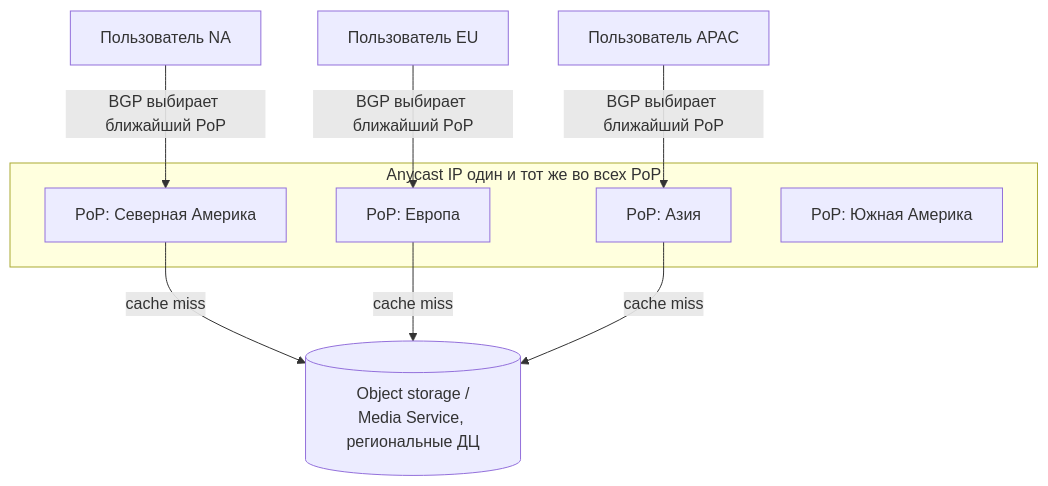
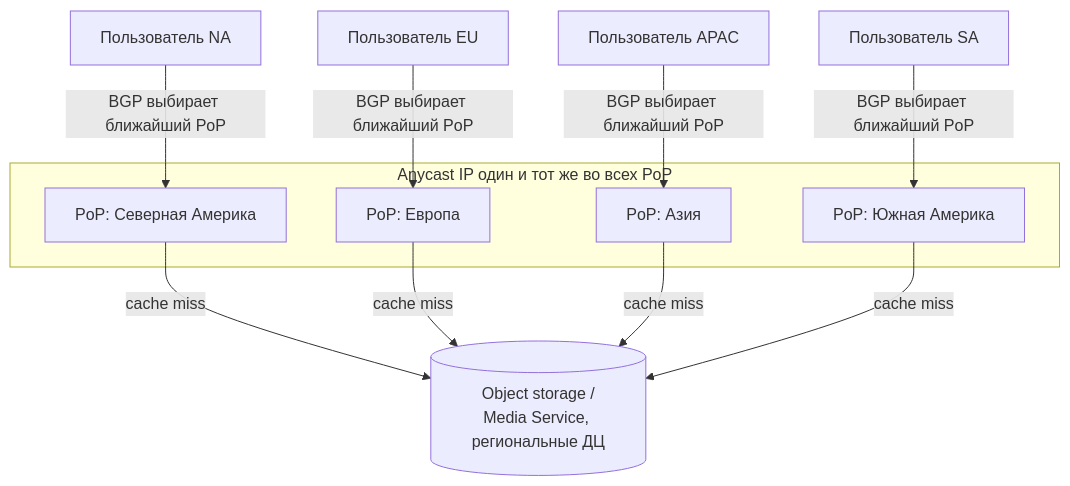
One commit to TOOSTEER/Highload_TechnoPark changed the second of 2 diagrams in README.md. Above: the diagram before and after it, drawn with Mermaid.

````diff
--- a/README.md
+++ b/README.md
@@ -210,15 +210,17 @@
 ```mermaid
 flowchart TB
     subgraph Anycast IP один и тот же во всех PoP
     P1[PoP: Северная Америка]
     P2[PoP: Европа]
     P3[PoP: Азия]
     P4[PoP: Южная Америка]
     end
     U1[Пользователь NA] -->|BGP выбирает ближайший PoP| P1
     U2[Пользователь EU] -->|BGP выбирает ближайший PoP| P2
     U3[Пользователь APAC] -->|BGP выбирает ближайший PoP| P3
+    U4[Пользователь SA] -->|BGP выбирает ближайший PoP|P4
     P1 -->|cache miss| ORIGIN[(Object storage /<br/>Media Service, региональные ДЦ)]
     P2 -->|cache miss| ORIGIN
     P3 -->|cache miss| ORIGIN
+    P4 -->|cache miss| ORIGIN
 ```
````
